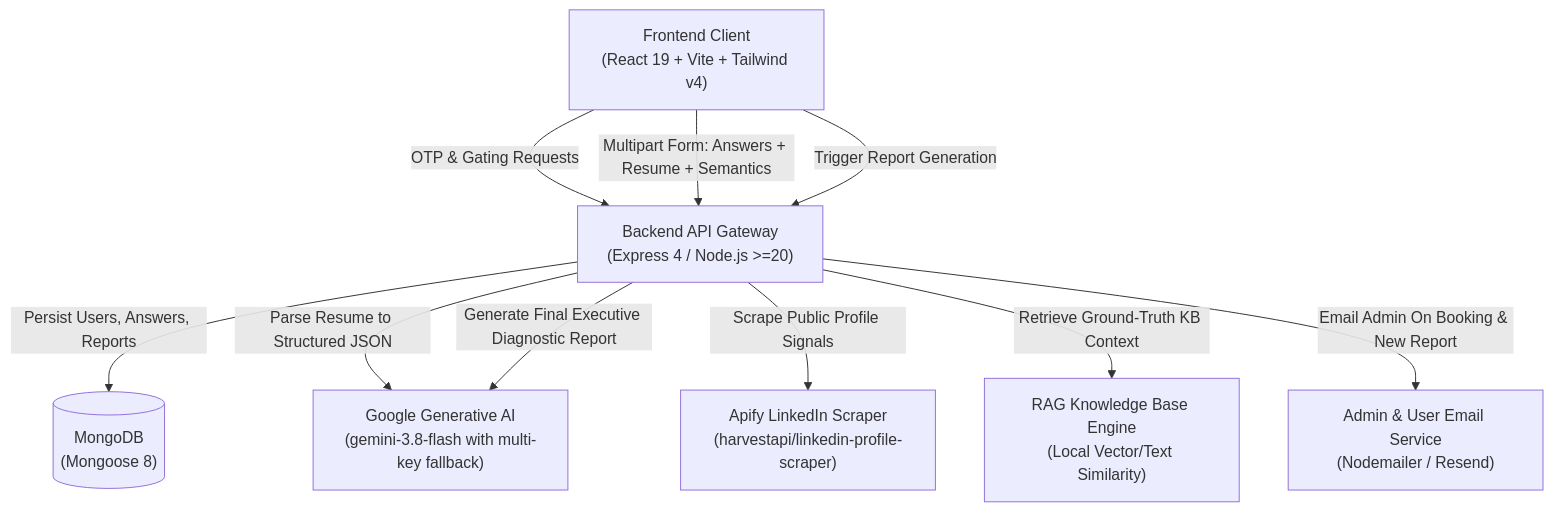
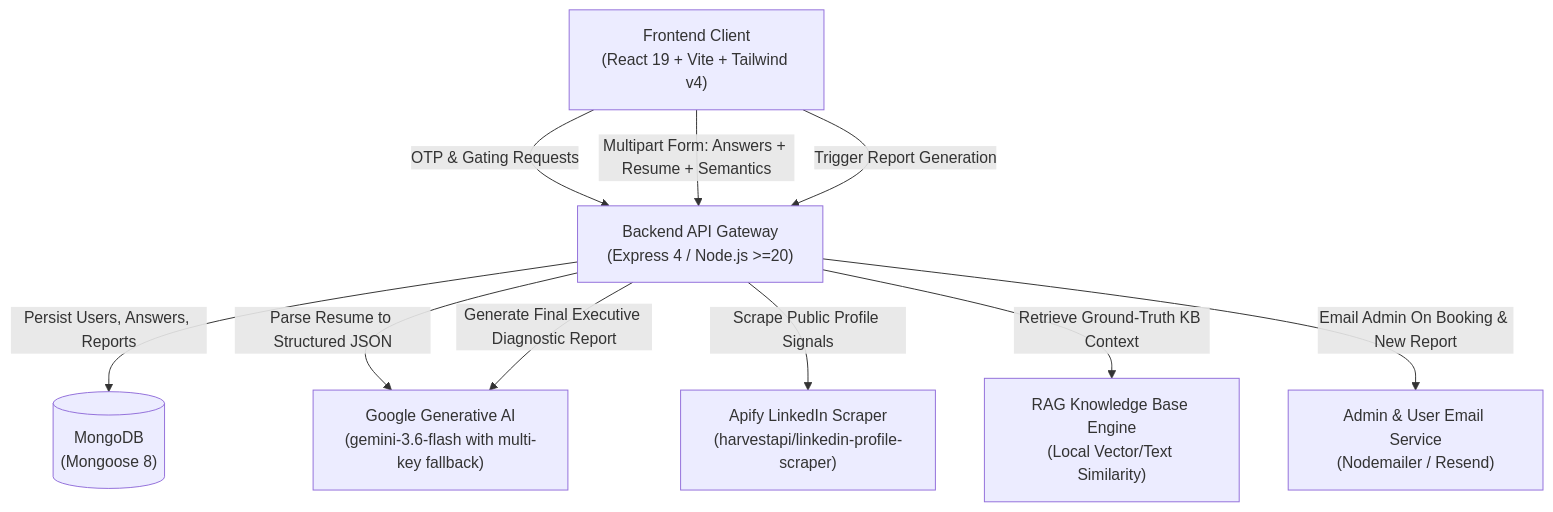
One commit to Aditya-2629/carrer-gps-asessment changed the first of 3 diagrams in docs/ARCHITECTURE.md. Above: the diagram before and after it, drawn with Mermaid. The commit also changed other lines of this file and 142 other files, not shown here.

````diff
--- a/docs/ARCHITECTURE.md
+++ b/docs/ARCHITECTURE.md
@@ -11,21 +11,21 @@
 ```mermaid
 graph TD
     Client["Frontend Client<br/>(React 19 + Vite + Tailwind v4)"]
     API["Backend API Gateway<br/>(Express 4 / Node.js >=20)"]
     DB[("MongoDB<br/>(Mongoose 8)")]
-    Gemini["Google Generative AI<br/>(gemini-3.8-flash with multi-key fallback)"]
+    Gemini["Google Generative AI<br/>(gemini-3.6-flash with multi-key fallback)"]
     Apify["Apify LinkedIn Scraper<br/>(harvestapi/linkedin-profile-scraper)"]
     RAG["RAG Knowledge Base Engine<br/>(Local Vector/Text Similarity)"]
     Email["Admin & User Email Service<br/>(Nodemailer / Resend)"]
 
     Client -->|OTP & Gating Requests| API
     Client -->|Multipart Form: Answers + Resume + Semantics| API
     Client -->|Trigger Report Generation| API
 
     API -->|Persist Users, Answers, Reports| DB
     API -->|Parse Resume to Structured JSON| Gemini
     API -->|Scrape Public Profile Signals| Apify
     API -->|Retrieve Ground-Truth KB Context| RAG
     API -->|Generate Final Executive Diagnostic Report| Gemini
     API -->|Email Admin On Booking & New Report| Email
 ```
````
